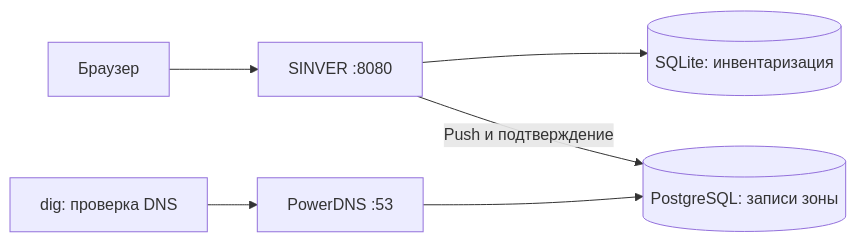
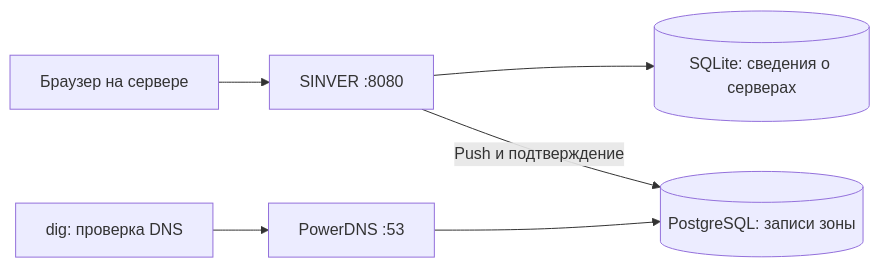
One commit to dvoropaev/SINVER changed the diagram in doc/01_Quick_Start_RU.md. Above: the diagram before and after it, drawn with Mermaid. The commit also changed other lines of this file and 12 other files, not shown here.

````diff
--- a/doc/01_Quick_Start_RU.md
+++ b/doc/01_Quick_Start_RU.md
@@ -9,8 +9,8 @@
 ```mermaid
 flowchart LR
-    B[Браузер] --> S[SINVER :8080]
-    S --> L[(SQLite: инвентаризация)]
+    B[Браузер на сервере] --> S[SINVER :8080]
+    S --> L[(SQLite: сведения о серверах)]
     S -->|Push и подтверждение| P[(PostgreSQL: записи зоны)]
     D[PowerDNS :53] --> P
     Q[dig: проверка DNS] --> D
 ```
````
